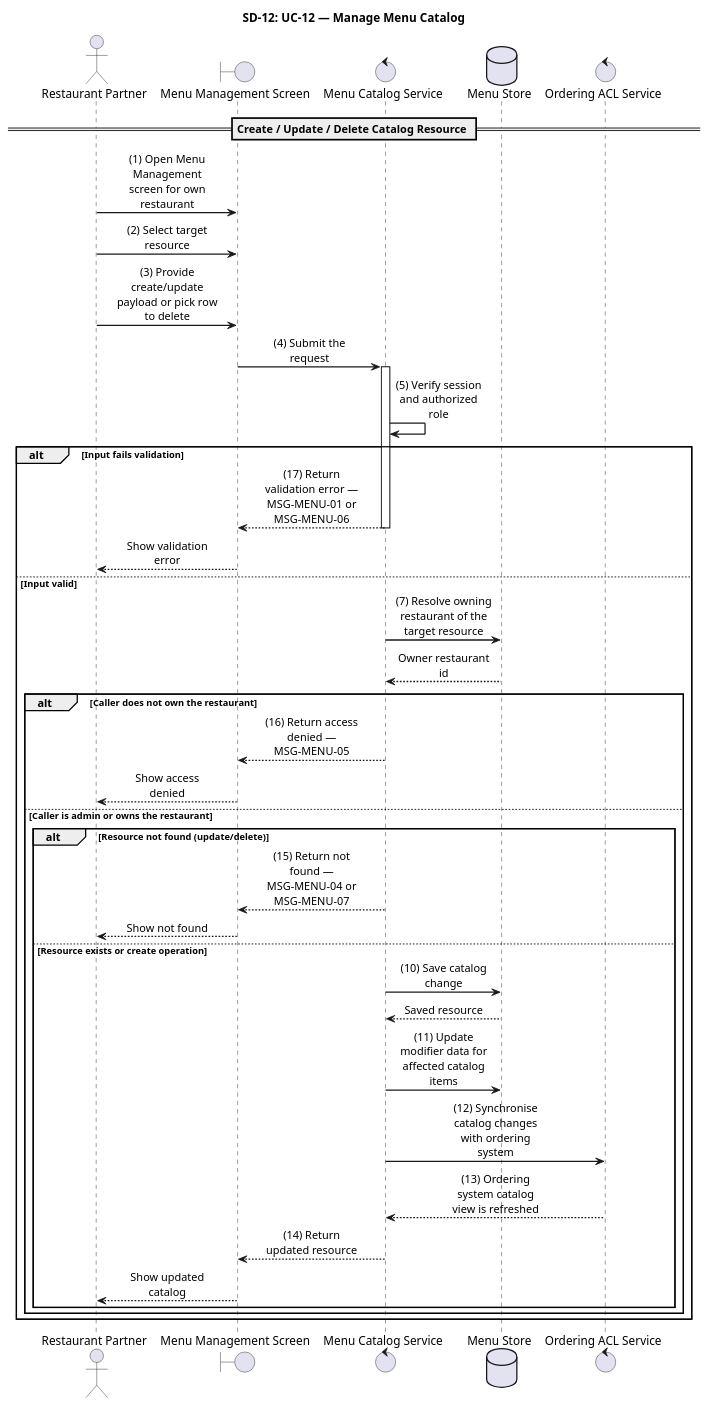
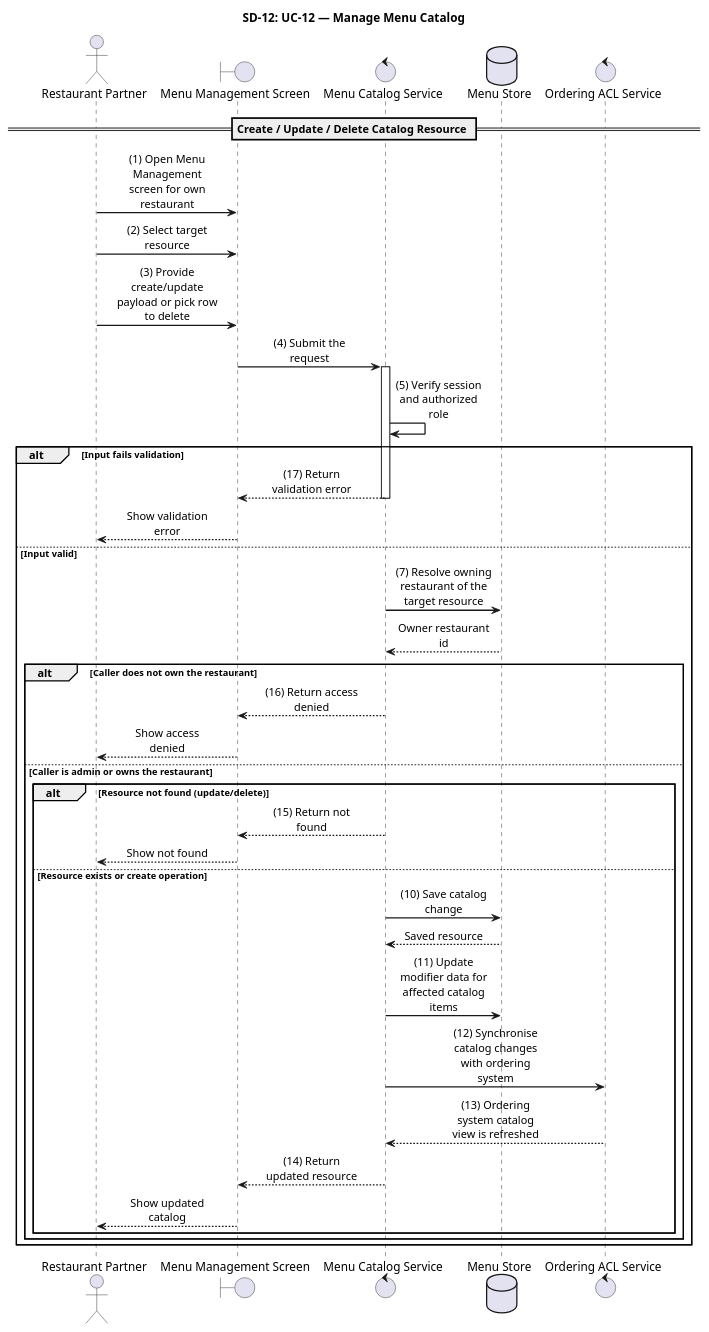
Before and after one commit to luubinhdeptrai/Food_Delivery: diagram 12 of 35 in apps/api/docs/Final_Documents/SRS_SequenceDiagrams.md, drawn with PlantUML. The commit also changed other lines of this file, not shown here.

Commit message:
complete sequence diagram

````diff
--- a/apps/api/docs/Final_Documents/SRS_SequenceDiagrams.md
+++ b/apps/api/docs/Final_Documents/SRS_SequenceDiagrams.md
@@ -991,63 +1000,63 @@
 ```plantuml
 @startuml SD-12_ManageMenuCatalog
 
 skinparam shadowing false
 skinparam sequenceMessageAlign center
 skinparam responseMessageBelowArrow true
 skinparam maxMessageSize 120
 skinparam sequenceArrowThickness 1.5
 skinparam ParticipantPadding 20
 skinparam BoxPadding 10
 
 title SD-12: UC-12 — Manage Menu Catalog
 
 actor "Restaurant Partner" as Partner
 boundary "Menu Management Screen" as UI
 control "Menu Catalog Service" as MenuSvc
 database "Menu Store" as MenuDB
 control "Ordering ACL Service" as ACLSvc
 
 autonumber stop
 
 == Create / Update / Delete Catalog Resource ==
 
 Partner -> UI : (1) Open Menu Management screen for own restaurant
 Partner -> UI : (2) Select target resource
 Partner -> UI : (3) Provide create/update payload or pick row to delete
 UI -> MenuSvc : (4) Submit the request
 activate MenuSvc
 
 MenuSvc -> MenuSvc : (5) Verify session and authorized role
 
 alt Input fails validation
-    MenuSvc --> UI : (17) Return validation error — MSG-MENU-01 or MSG-MENU-06
+    MenuSvc --> UI : (17) Return validation error
     deactivate MenuSvc
     UI --> Partner : Show validation error
 else Input valid
     MenuSvc -> MenuDB : (7) Resolve owning restaurant of the target resource
     MenuDB --> MenuSvc : Owner restaurant id
 
     alt Caller does not own the restaurant
-        MenuSvc --> UI : (16) Return access denied — MSG-MENU-05
+        MenuSvc --> UI : (16) Return access denied
         deactivate MenuSvc
         UI --> Partner : Show access denied
     else Caller is admin or owns the restaurant
         alt Resource not found (update/delete)
-            MenuSvc --> UI : (15) Return not found — MSG-MENU-04 or MSG-MENU-07
+            MenuSvc --> UI : (15) Return not found
             deactivate MenuSvc
             UI --> Partner : Show not found
         else Resource exists or create operation
             MenuSvc -> MenuDB : (10) Save catalog change
             MenuDB --> MenuSvc : Saved resource
             MenuSvc -> MenuDB : (11) Update modifier data for affected catalog items
             MenuSvc -> ACLSvc : (12) Synchronise catalog changes with ordering system
             ACLSvc --> MenuSvc : (13) Ordering system catalog view is refreshed
             MenuSvc --> UI : (14) Return updated resource
             deactivate MenuSvc
             UI --> Partner : Show updated catalog
         end
     end
 end
 
 @enduml
 ```
````
